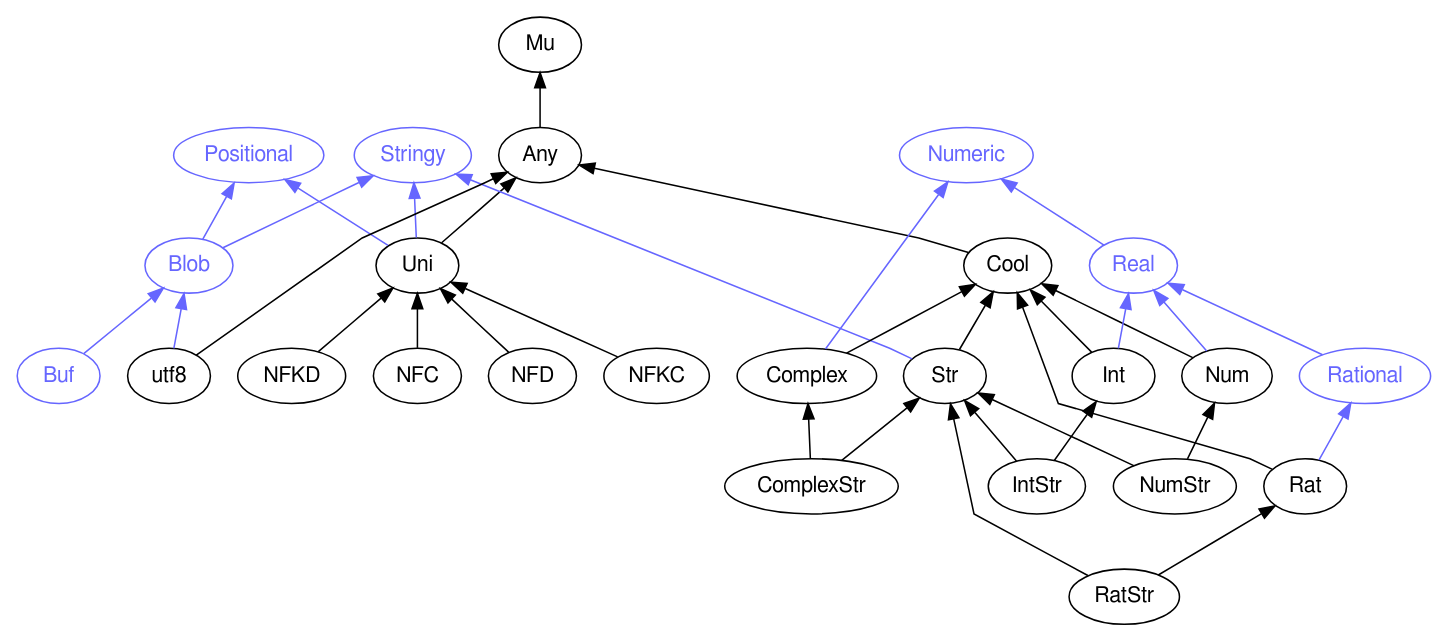
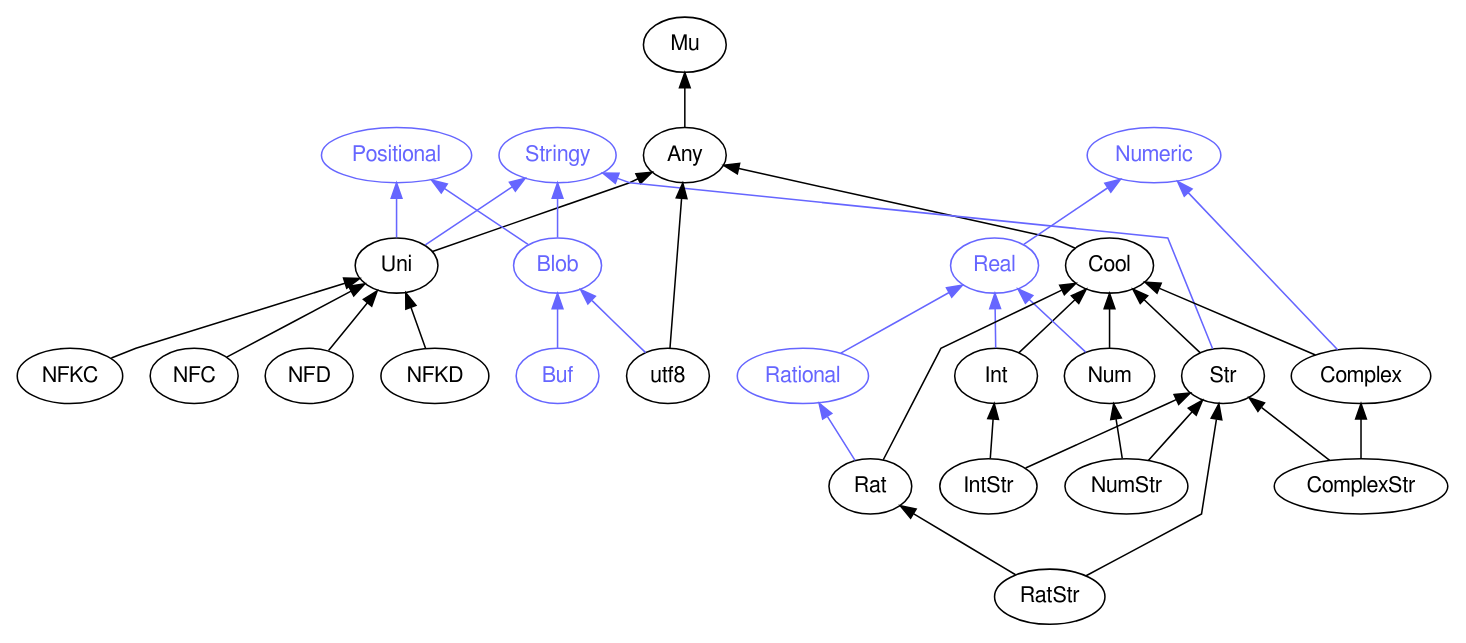
Before and after one commit to rakudocs/rakudocs.github.io: the diagram in images/type-graph-Stringy.svg.dot, drawn with Graphviz. The commit also changed other lines of this file and 450 other files, not shown here.

```diff
--- a/images/type-graph-Stringy.svg.dot
+++ b/images/type-graph-Stringy.svg.dot
@@ -1,69 +1,69 @@
 digraph "perl6-type-graph" {
     rankdir=BT;
     splines=polyline;
     overlap=false; 
     // Types
     "Stringy" [color="#6666FF", fontcolor="#6666FF", href="/type/Stringy", fontname="FreeSans"];
     "Mu" [color="#000000", fontcolor="#000000", href="/type/Mu", fontname="FreeSans"];
     "Any" [color="#000000", fontcolor="#000000", href="/type/Any", fontname="FreeSans"];
     "Positional" [color="#6666FF", fontcolor="#6666FF", href="/type/Positional", fontname="FreeSans"];
     "Uni" [color="#000000", fontcolor="#000000", href="/type/Uni", fontname="FreeSans"];
     "Cool" [color="#000000", fontcolor="#000000", href="/type/Cool", fontname="FreeSans"];
     "Str" [color="#000000", fontcolor="#000000", href="/type/Str", fontname="FreeSans"];
     "Blob" [color="#6666FF", fontcolor="#6666FF", href="/type/Blob", fontname="FreeSans"];
-    "NFKD" [color="#000000", fontcolor="#000000", href="/type/NFKD", fontname="FreeSans"];
+    "NFKC" [color="#000000", fontcolor="#000000", href="/type/NFKC", fontname="FreeSans"];
     "NFC" [color="#000000", fontcolor="#000000", href="/type/NFC", fontname="FreeSans"];
     "NFD" [color="#000000", fontcolor="#000000", href="/type/NFD", fontname="FreeSans"];
-    "NFKC" [color="#000000", fontcolor="#000000", href="/type/NFKC", fontname="FreeSans"];
+    "NFKD" [color="#000000", fontcolor="#000000", href="/type/NFKD", fontname="FreeSans"];
     "Numeric" [color="#6666FF", fontcolor="#6666FF", href="/type/Numeric", fontname="FreeSans"];
     "Real" [color="#6666FF", fontcolor="#6666FF", href="/type/Real", fontname="FreeSans"];
-    "Rational" [color="#6666FF", fontcolor="#6666FF", href="/type/Rational", fontname="FreeSans"];
-    "Rat" [color="#000000", fontcolor="#000000", href="/type/Rat", fontname="FreeSans"];
-    "RatStr" [color="#000000", fontcolor="#000000", href="/type/RatStr", fontname="FreeSans"];
+    "Int" [color="#000000", fontcolor="#000000", href="/type/Int", fontname="FreeSans"];
+    "IntStr" [color="#000000", fontcolor="#000000", href="/type/IntStr", fontname="FreeSans"];
     "Num" [color="#000000", fontcolor="#000000", href="/type/Num", fontname="FreeSans"];
     "NumStr" [color="#000000", fontcolor="#000000", href="/type/NumStr", fontname="FreeSans"];
     "Complex" [color="#000000", fontcolor="#000000", href="/type/Complex", fontname="FreeSans"];
     "ComplexStr" [color="#000000", fontcolor="#000000", href="/type/ComplexStr", fontname="FreeSans"];
-    "Int" [color="#000000", fontcolor="#000000", href="/type/Int", fontname="FreeSans"];
-    "IntStr" [color="#000000", fontcolor="#000000", href="/type/IntStr", fontname="FreeSans"];
+    "Rational" [color="#6666FF", fontcolor="#6666FF", href="/type/Rational", fontname="FreeSans"];
+    "Rat" [color="#000000", fontcolor="#000000", href="/type/Rat", fontname="FreeSans"];
+    "RatStr" [color="#000000", fontcolor="#000000", href="/type/RatStr", fontname="FreeSans"];
+    "Buf" [color="#6666FF", fontcolor="#6666FF", href="/type/Buf", fontname="FreeSans"];
     "utf8" [color="#000000", fontcolor="#000000", href="/type/utf8", fontname="FreeSans"];
-    "Buf" [color="#6666FF", fontcolor="#6666FF", href="/type/Buf", fontname="FreeSans"];
 
     // Superclasses
     "Any" -> "Mu" [color="#000000"];
     "Uni" -> "Any" [color="#000000"];
     "Cool" -> "Any" [color="#000000"];
     "Str" -> "Cool" [color="#000000"];
-    "NFKD" -> "Uni" [color="#000000"];
+    "NFKC" -> "Uni" [color="#000000"];
     "NFC" -> "Uni" [color="#000000"];
     "NFD" -> "Uni" [color="#000000"];
-    "NFKC" -> "Uni" [color="#000000"];
-    "Rat" -> "Cool" [color="#000000"];
-    "RatStr" -> "Rat" [color="#000000"];
-    "RatStr" -> "Str" [color="#000000"];
+    "NFKD" -> "Uni" [color="#000000"];
+    "Int" -> "Cool" [color="#000000"];
+    "IntStr" -> "Int" [color="#000000"];
+    "IntStr" -> "Str" [color="#000000"];
     "Num" -> "Cool" [color="#000000"];
     "NumStr" -> "Num" [color="#000000"];
     "NumStr" -> "Str" [color="#000000"];
     "Complex" -> "Cool" [color="#000000"];
     "ComplexStr" -> "Complex" [color="#000000"];
     "ComplexStr" -> "Str" [color="#000000"];
-    "Int" -> "Cool" [color="#000000"];
-    "IntStr" -> "Int" [color="#000000"];
-    "IntStr" -> "Str" [color="#000000"];
+    "Rat" -> "Cool" [color="#000000"];
+    "RatStr" -> "Rat" [color="#000000"];
+    "RatStr" -> "Str" [color="#000000"];
     "utf8" -> "Any" [color="#000000"];
 
     // Roles
     "Uni" -> "Positional" [color="#6666FF"];
     "Uni" -> "Stringy" [color="#6666FF"];
     "Str" -> "Stringy" [color="#6666FF"];
     "Blob" -> "Positional" [color="#6666FF"];
     "Blob" -> "Stringy" [color="#6666FF"];
     "Real" -> "Numeric" [color="#6666FF"];
+    "Int" -> "Real" [color="#6666FF"];
+    "Num" -> "Real" [color="#6666FF"];
+    "Complex" -> "Numeric" [color="#6666FF"];
     "Rational" -> "Real" [color="#6666FF"];
     "Rat" -> "Rational" [color="#6666FF"];
-    "Num" -> "Real" [color="#6666FF"];
-    "Complex" -> "Numeric" [color="#6666FF"];
-    "Int" -> "Real" [color="#6666FF"];
+    "Buf" -> "Blob" [color="#6666FF"];
     "utf8" -> "Blob" [color="#6666FF"];
-    "Buf" -> "Blob" [color="#6666FF"];
 }
```
